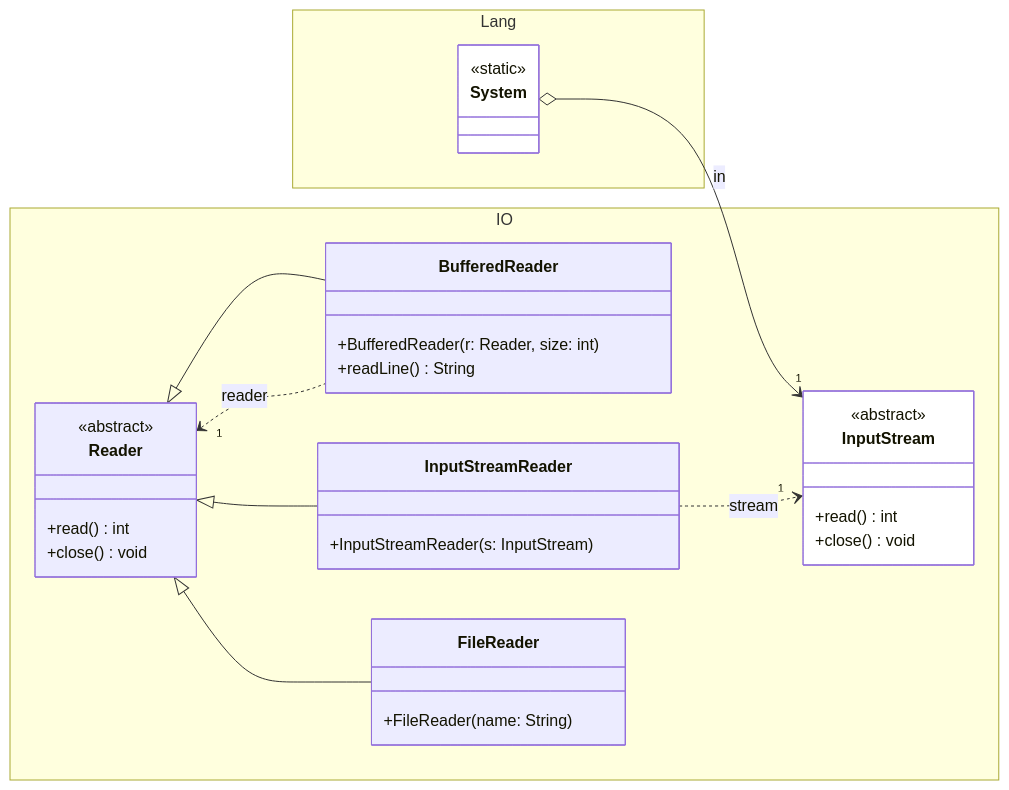
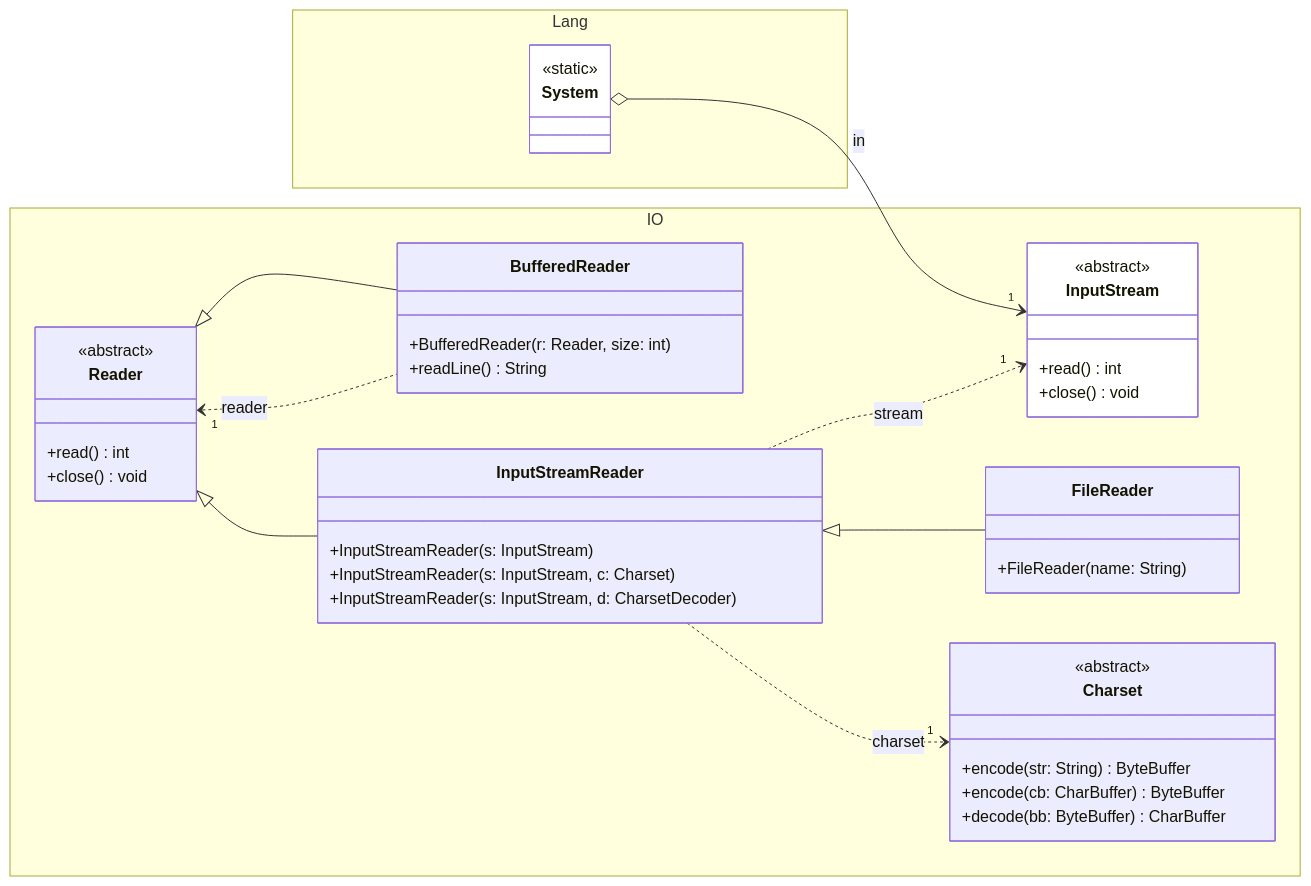
One commit to ghackenberg/kurs-java-programmierung changed the diagram in Grafiken/IO/Reader.mmd. Above: the diagram before and after it, drawn with Mermaid. The commit also changed 6 other files, not shown here.

Commit message:
work on class diagrams for readers and writers

```diff
--- a/Grafiken/IO/Reader.mmd
+++ b/Grafiken/IO/Reader.mmd
@@ -1,55 +1,66 @@
 classDiagram
 
     direction LR
 
     namespace Lang {
 
         class System {
             <<static>>
         }
 
     }
 
     namespace IO {
 
         class InputStream {
             <<abstract>>
             +read() int
             +close() void
         }
 
         class Reader {
             <<abstract>>
             +read() int
             +close() void
         }
 
         class BufferedReader {
             +BufferedReader(r: Reader, size: int)
             +readLine() String
         }
 
         class InputStreamReader {
             +InputStreamReader(s: InputStream)
+            +InputStreamReader(s: InputStream, c: Charset)
+            +InputStreamReader(s: InputStream, d: CharsetDecoder)
         }
 
         class FileReader {
             +FileReader(name: String)
+        }
+
+        class Charset {
+            <<abstract>>
+            +encode(str: String) ByteBuffer
+            +encode(cb: CharBuffer) ByteBuffer
+            +decode(bb: ByteBuffer) CharBuffer
         }
         
     }
 
     System o-->"1" InputStream: in
 
     Reader <|-- BufferedReader
 
     Reader "1"<.. BufferedReader: reader
 
     Reader <|-- InputStreamReader
 
-    Reader <|-- FileReader
+    InputStreamReader ..>"1" Charset: charset
+
+    InputStreamReader <|-- FileReader
 
     InputStreamReader ..>"1" InputStream: stream
 
     style System fill:white
     style InputStream fill:white
```
